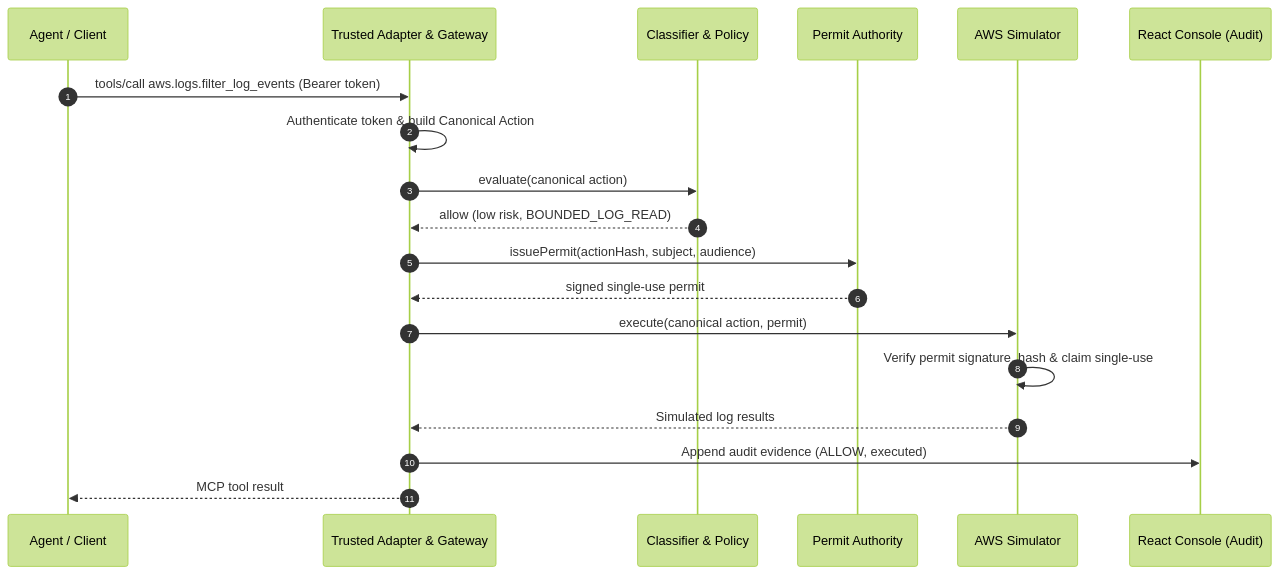
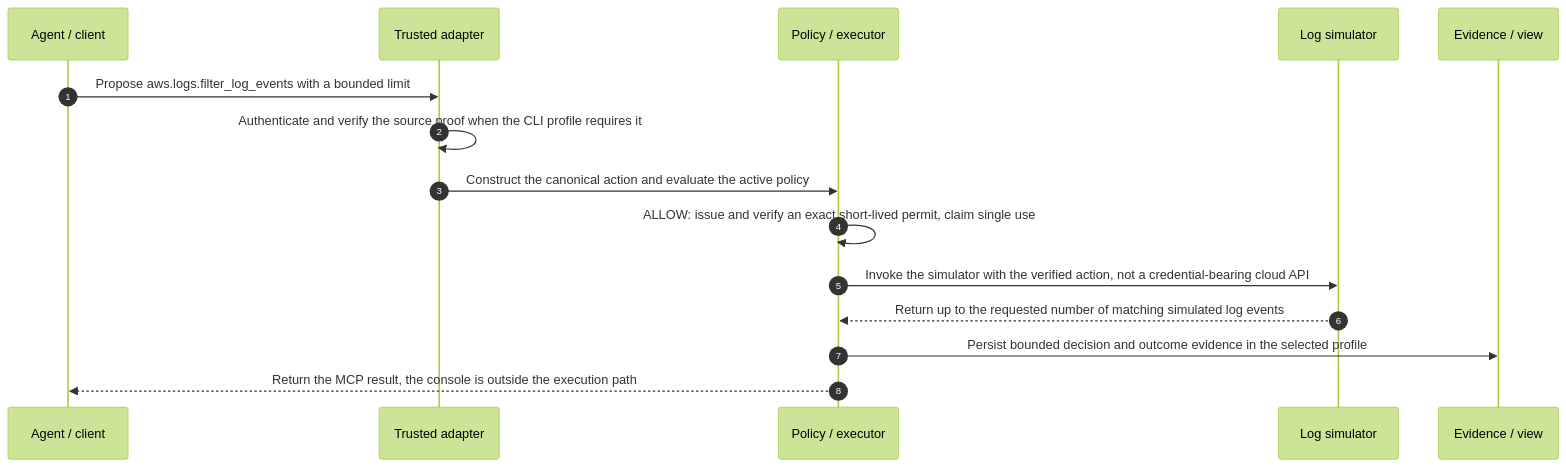
One commit to hemantkgupta/tracepermit changed the second of 10 diagrams in docs/flows-guide.md. Above: the diagram before and after it, drawn with Mermaid (forest theme). The commit also changed other lines of this file and 25 other files, not shown here.

Commit message:
docs: align nine action flows with verified runtime boundaries

````diff
--- a/docs/flows-guide.md
+++ b/docs/flows-guide.md
@@ -137,22 +120,17 @@
 ```mermaid
 sequenceDiagram
   autonumber
-  participant Agent as Agent / Client
-  participant Gateway as Trusted Adapter & Gateway
-  participant Policy as Classifier & Policy
-  participant Issuer as Permit Authority
-  participant Simulator as AWS Simulator
-  participant Console as React Console (Audit)
-
-  Agent->>Gateway: tools/call aws.logs.filter_log_events (Bearer token)
-  Gateway->>Gateway: Authenticate token & build Canonical Action
-  Gateway->>Policy: evaluate(canonical action)
-  Policy-->>Gateway: allow (low risk, BOUNDED_LOG_READ)
-  Gateway->>Issuer: issuePermit(actionHash, subject, audience)
-  Issuer-->>Gateway: signed single-use permit
-  Gateway->>Simulator: execute(canonical action, permit)
-  Simulator->>Simulator: Verify permit signature, hash & claim single-use
-  Simulator-->>Gateway: Simulated log results
-  Gateway->>Console: Append audit evidence (ALLOW, executed)
-  Gateway-->>Agent: MCP tool result
+  participant C as Agent / client
+  participant G as Trusted adapter
+  participant E as Policy / executor
+  participant S as Log simulator
+  participant D as Evidence / view
+  C->>G: Propose aws.logs.filter_log_events with a bounded limit
+  G->>G: Authenticate and verify the source proof when the CLI profile requires it
+  G->>E: Construct the canonical action and evaluate the active policy
+  E->>E: ALLOW: issue and verify an exact short-lived permit, claim single use
+  E->>S: Invoke the simulator with the verified action, not a credential-bearing cloud API
+  S-->>E: Return up to the requested number of matching simulated log events
+  E->>D: Persist bounded decision and outcome evidence in the selected profile
+  E-->>C: Return the MCP result, the console is outside the execution path
 ```
````
